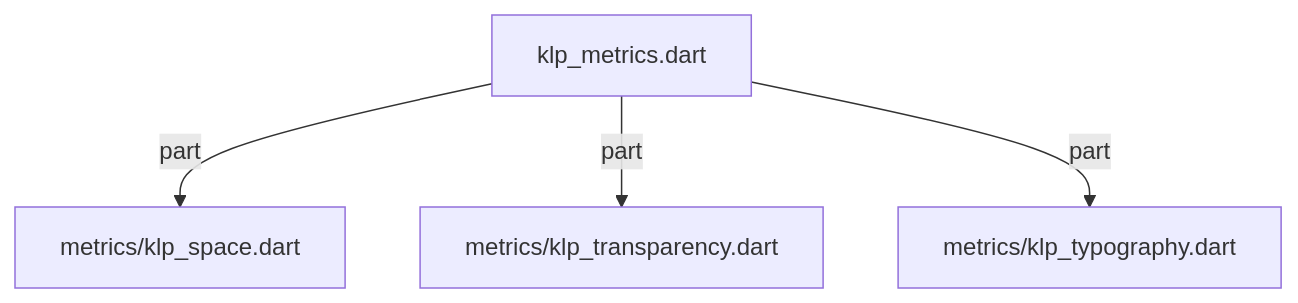
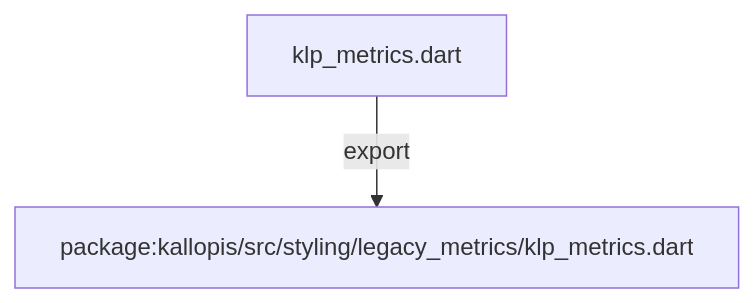
Before and after one commit to MiuDog/Kallopis: the diagram in docs/architecture/src/foundation/klp_metrics.md, drawn with Mermaid. The commit also changed other lines of this file and 9688 other files, not shown here.

Commit message:
Prepare isolated Flow F2 peer baseline

````diff
--- a/docs/architecture/src/foundation/klp_metrics.md
+++ b/docs/architecture/src/foundation/klp_metrics.md
@@ -38,10 +11,6 @@
 ```mermaid
 flowchart TD
 	n0["klp_metrics.dart"]
-	n1["metrics/klp_space.dart"]
-	n2["metrics/klp_transparency.dart"]
-	n3["metrics/klp_typography.dart"]
-	n0 -->|"part"| n1
-	n0 -->|"part"| n2
-	n0 -->|"part"| n3
+	n1["package:kallopis/src/styling/legacy_metrics/klp_metrics.dart"]
+	n0 -->|"export"| n1
 ```
````
